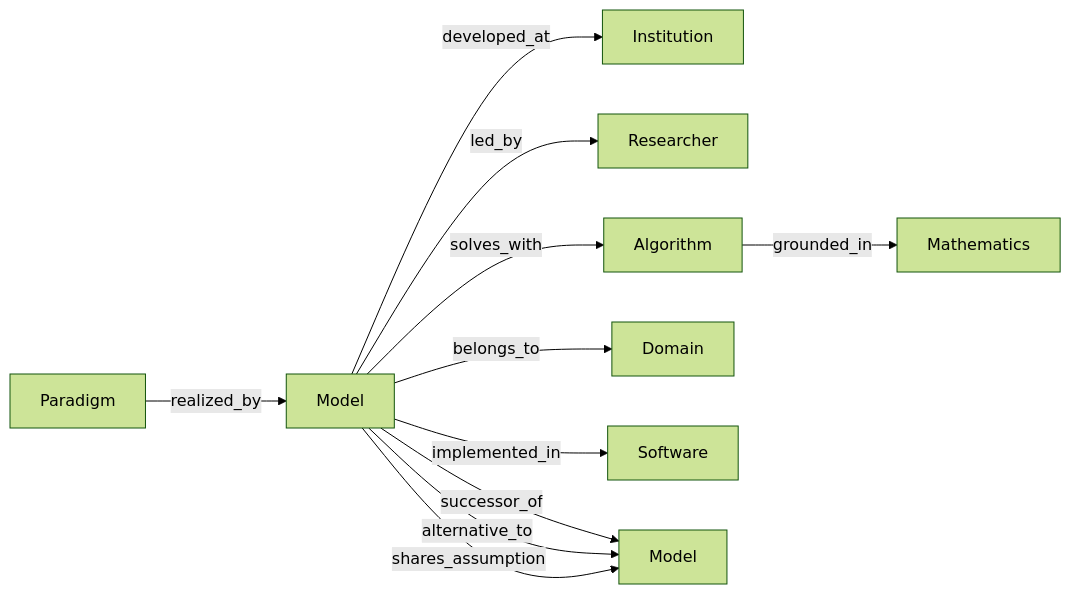
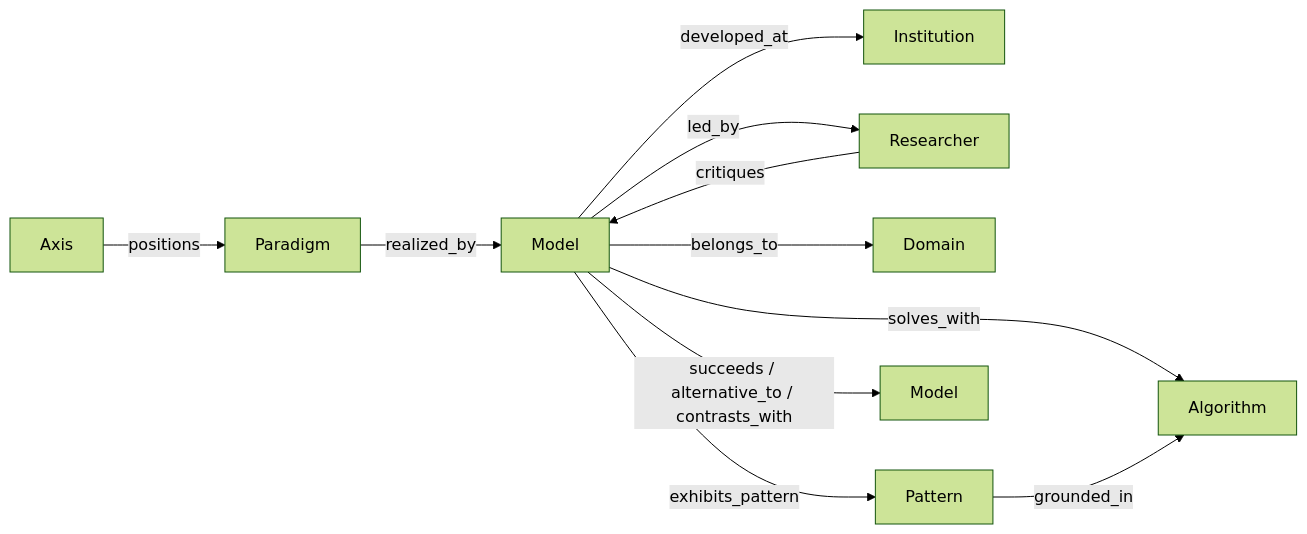
Before and after one commit to Sour-abh-Raj/computational-policy-atlas: the first of 4 diagrams in docs/graph/index.md, drawn with Mermaid (forest theme). The commit also changed other lines of this file and 2 other files, not shown here.

Commit message:
Iter 9: build knowledge graph -- graph.json (80 nodes/106 edges) + rendered views

````diff
--- a/docs/graph/index.md
+++ b/docs/graph/index.md
@@ -13,13 +24,13 @@
 ```mermaid
 graph LR
     Paradigm -->|realized_by| Model
     Model -->|developed_at| Institution
     Model -->|led_by| Researcher
     Model -->|solves_with| Algorithm
     Model -->|belongs_to| Domain
-    Model -->|implemented_in| Software
-    Model -->|successor_of| Model2[Model]
-    Model -->|alternative_to| Model2
-    Model -->|shares_assumption| Model2
-    Algorithm -->|grounded_in| Mathematics
+    Model -->|exhibits_pattern| Pattern
+    Model -->|succeeds / alternative_to / contrasts_with| Model2[Model]
+    Researcher -->|critiques| Model
+    Pattern -->|grounded_in| Algorithm
+    Axis -->|positions| Paradigm
 ```
````
